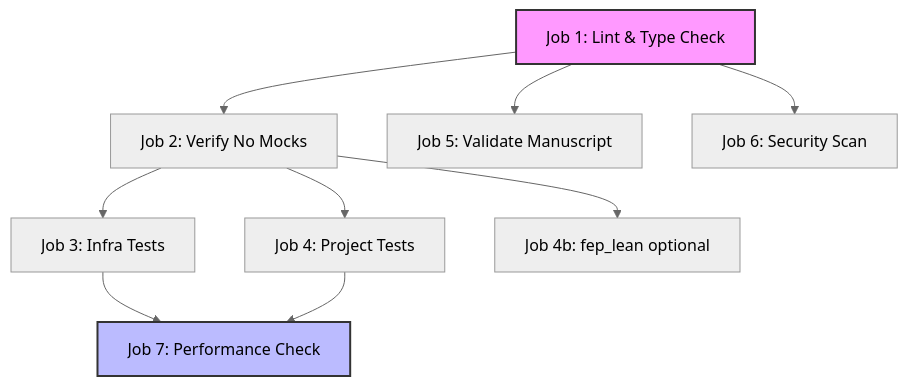
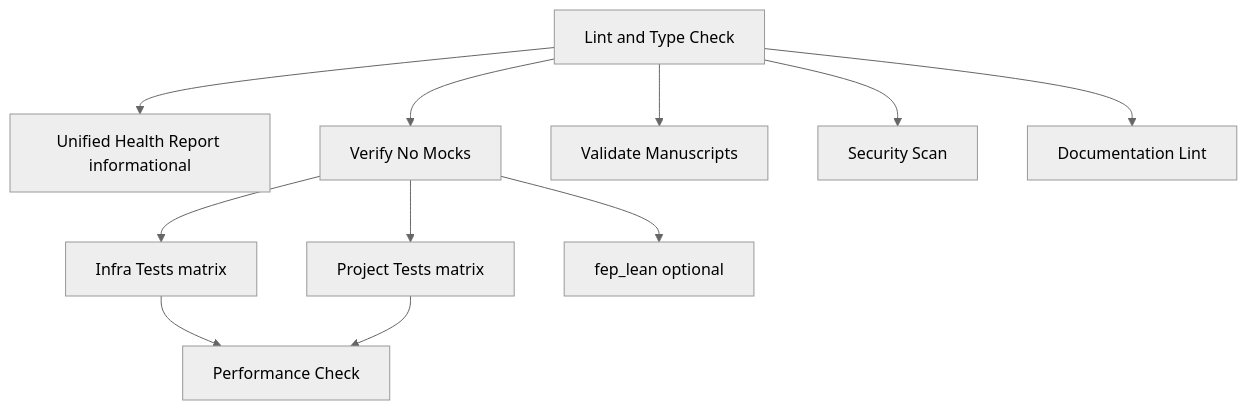
Before and after one commit to docxology/template: the eighth of 8 diagrams in .github/README.md, drawn with Mermaid (neutral theme). The commit also changed other lines of this file and 164 other files, not shown here.

First line of the commit message:
feat: reporting dashboards, docs sync, lint/type fixes

````diff
--- a/.github/README.md
+++ b/.github/README.md
@@ -672,14 +671,23 @@
 ```mermaid
-graph TD
-    L[Job 1: Lint & Type Check] --> VNM[Job 2: Verify No Mocks]
-    VNM --> TI[Job 3: Infra Tests]
-    VNM --> TP[Job 4: Project Tests]
-    VNM --> FL[Job 4b: fep_lean optional]
-    L --> VM[Job 5: Validate Manuscript]
-    L --> SS[Job 6: Security Scan]
-    TI --> PC[Job 7: Performance Check]
+flowchart TB
+    L[Lint and Type Check]
+    H[Unified Health Report informational]
+    VNM[Verify No Mocks]
+    TI[Infra Tests matrix]
+    TP[Project Tests matrix]
+    FL[fep_lean optional]
+    VM[Validate Manuscripts]
+    SS[Security Scan]
+    DL[Documentation Lint]
+    PC[Performance Check]
+    L --> H
+    L --> VNM
+    L --> VM
+    L --> SS
+    L --> DL
+    VNM --> TI
+    VNM --> TP
+    VNM --> FL
+    TI --> PC
     TP --> PC
-
-    style L fill:#f9f,stroke:#333,stroke-width:2px
-    style PC fill:#bbf,stroke:#333,stroke-width:2px
 ```
````
